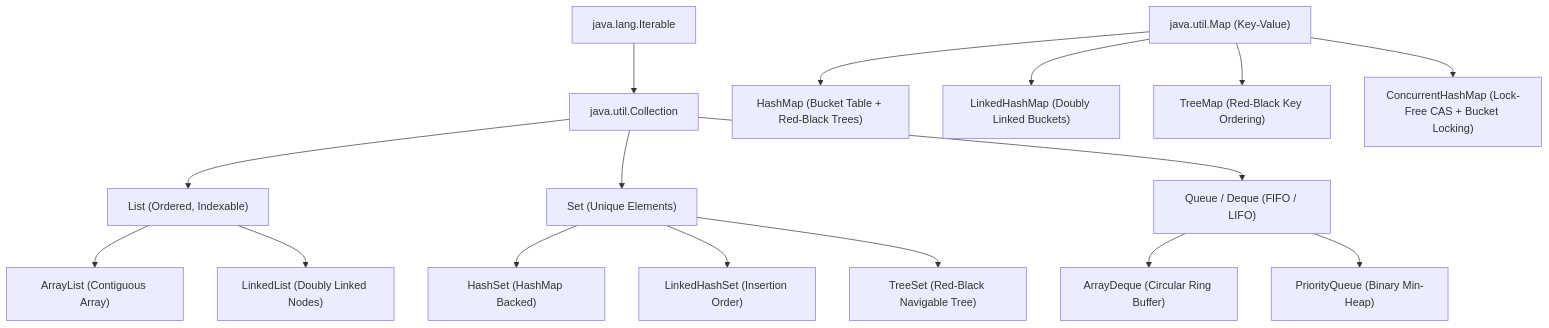
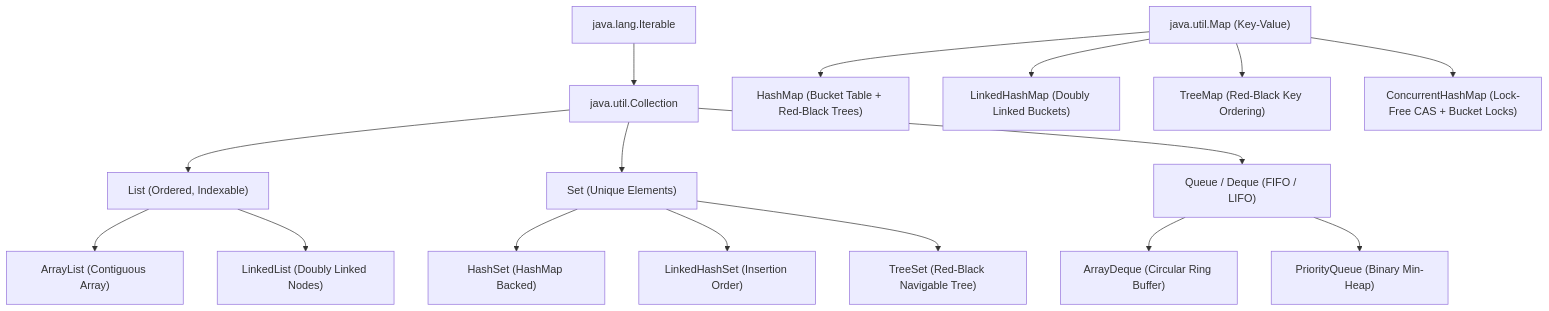
The third of 5 diagrams in docs/java/collections-exceptions.mdx (weaponxwolf/backend-engineering-mastry), drawn with Mermaid before and after one commit. The commit also changed other lines of this file and 15 other files, not shown here.

````diff
--- a/docs/java/collections-exceptions.mdx
+++ b/docs/java/collections-exceptions.mdx
@@ -20,22 +209,22 @@
 ```mermaid
 graph TD
     Iterable["java.lang.Iterable"] --> Collection["java.util.Collection"]
     Collection --> List["List (Ordered, Indexable)"]
     Collection --> Set["Set (Unique Elements)"]
     Collection --> Queue["Queue / Deque (FIFO / LIFO)"]
 
     List --> AL["ArrayList (Contiguous Array)"]
     List --> LL["LinkedList (Doubly Linked Nodes)"]
     
     Set --> HS["HashSet (HashMap Backed)"]
     Set --> LHS["LinkedHashSet (Insertion Order)"]
     Set --> TS["TreeSet (Red-Black Navigable Tree)"]
 
     Queue --> AD["ArrayDeque (Circular Ring Buffer)"]
     Queue --> PQ["PriorityQueue (Binary Min-Heap)"]
 
     Map["java.util.Map (Key-Value)"] --> HM["HashMap (Bucket Table + Red-Black Trees)"]
     Map --> LHM["LinkedHashMap (Doubly Linked Buckets)"]
     Map --> TM["TreeMap (Red-Black Key Ordering)"]
-    Map --> CHM["ConcurrentHashMap (Lock-Free CAS + Bucket Locking)"]
+    Map --> CHM["ConcurrentHashMap (Lock-Free CAS + Bucket Locks)"]
 ```
````
